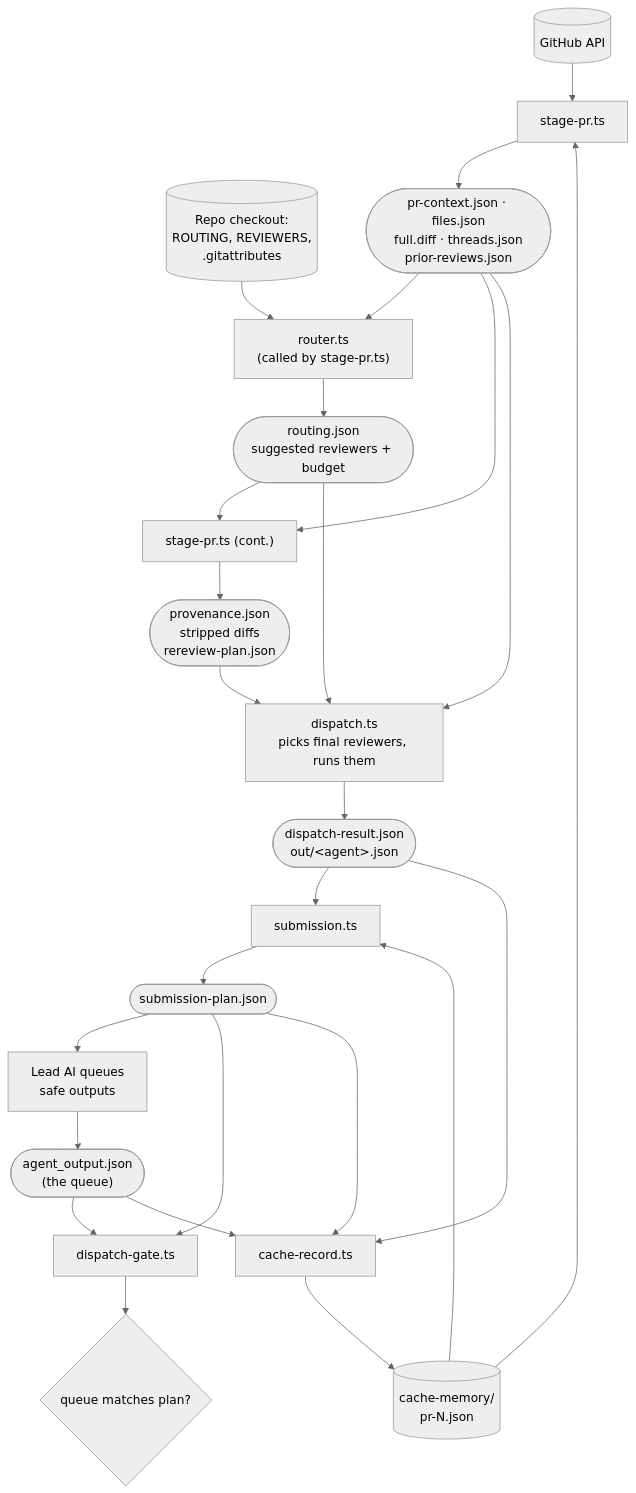
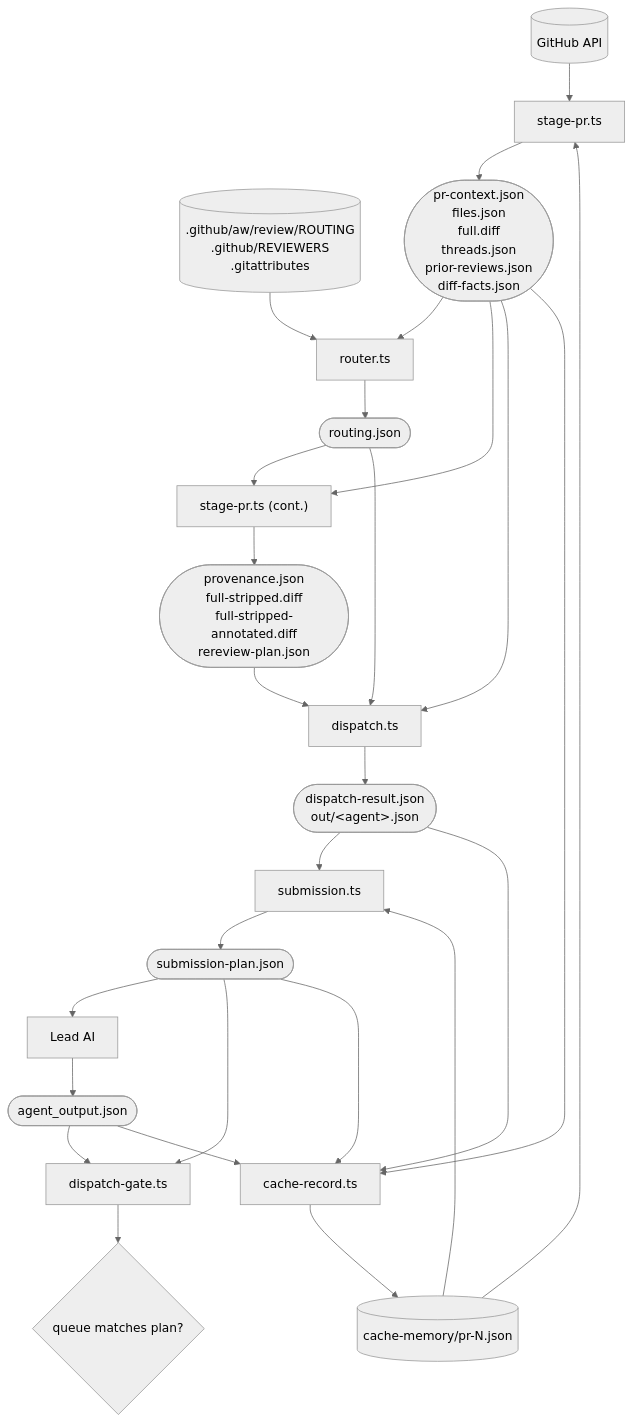
Before and after one commit to Khan/actions: the seventh of 8 diagrams in workflows/review/ARCHITECTURE.md, drawn with Mermaid (neutral theme).

Commit message:
check in

````diff
--- a/workflows/review/ARCHITECTURE.md
+++ b/workflows/review/ARCHITECTURE.md
@@ -116,29 +116,29 @@
 ```mermaid
 flowchart TD
   GH[(GitHub API)] --> A
-  Repo[(Repo checkout:<br/>ROUTING, REVIEWERS,<br/>.gitattributes)] --> B
-  Cache[(cache-memory/<br/>pr-N.json)] --> A
+  Repo[(".github/aw/review/ROUTING<br/>.github/REVIEWERS<br/>.gitattributes")] --> B
+  Cache[("cache-memory/pr-N.json")] --> A
 
-  A["stage-pr.ts"] --> F1(["pr-context.json · files.json<br/>full.diff · threads.json<br/>prior-reviews.json"])
-  F1 --> B["router.ts<br/>(called by stage-pr.ts)"]
-  B --> F2(["routing.json<br/>suggested reviewers + budget"])
+  A["stage-pr.ts"] --> F1(["pr-context.json<br/>files.json<br/>full.diff<br/>threads.json<br/>prior-reviews.json<br/>diff-facts.json"])
+  F1 --> B["router.ts"]
+  B --> F2(["routing.json"])
   F1 --> A2["stage-pr.ts (cont.)"]
   F2 --> A2
-  A2 --> F3(["provenance.json<br/>stripped diffs<br/>rereview-plan.json"])
+  A2 --> F3(["provenance.json<br/>full-stripped.diff<br/>full-stripped-annotated.diff<br/>rereview-plan.json"])
 
-  F1 & F2 & F3 --> C["dispatch.ts<br/>picks final reviewers, runs them"]
+  F1 & F2 & F3 --> C["dispatch.ts"]
   C --> F4(["dispatch-result.json<br/>out/&lt;agent&gt;.json"])
 
   F4 --> D["submission.ts"]
   Cache --> D
   D --> F5(["submission-plan.json"])
 
-  F5 --> E["Lead AI queues<br/>safe outputs"]
-  E --> Q(["agent_output.json<br/>(the queue)"])
+  F5 --> E["Lead AI"]
+  E --> Q(["agent_output.json"])
 
   Q & F5 --> H["dispatch-gate.ts"]
   H --> HV{"queue matches plan?"}
 
-  Q & F4 & F5 --> R["cache-record.ts"]
+  F1 & Q & F4 & F5 --> R["cache-record.ts"]
   R --> Cache
 ```
````
